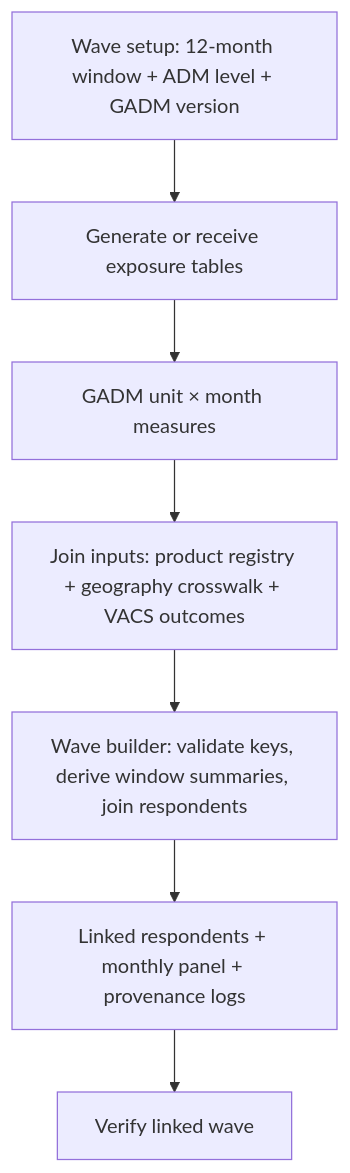
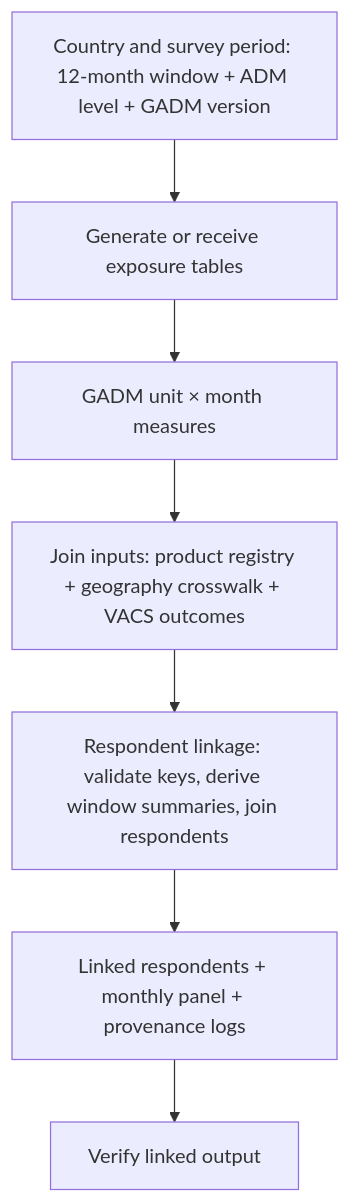
Before and after one commit to JunchenX0809/research_side_projects_ipv_v2: the first of 3 diagrams in README.md, drawn with Mermaid. The commit also changed other lines of this file and 5 other files, not shown here.

````diff
--- a/README.md
+++ b/README.md
@@ -9,10 +11,10 @@
 ```mermaid
 flowchart TB
-  WAVE["Wave setup: 12-month window + ADM level + GADM version"]
-  WAVE --> MEASURES["Generate or receive exposure tables"]
+  PERIOD["Country and survey period: 12-month window + ADM level + GADM version"]
+  PERIOD --> MEASURES["Generate or receive exposure tables"]
   MEASURES --> PANEL["GADM unit × month measures"]
   PANEL --> INPUTS["Join inputs: product registry + geography crosswalk + VACS outcomes"]
-  INPUTS --> BUILD["Wave builder: validate keys, derive window summaries, join respondents"]
+  INPUTS --> BUILD["Respondent linkage: validate keys, derive window summaries, join respondents"]
   BUILD --> OUTPUTS["Linked respondents + monthly panel + provenance logs"]
-  OUTPUTS --> VERIFY["Verify linked wave"]
+  OUTPUTS --> VERIFY["Verify linked output"]
 ```
````
